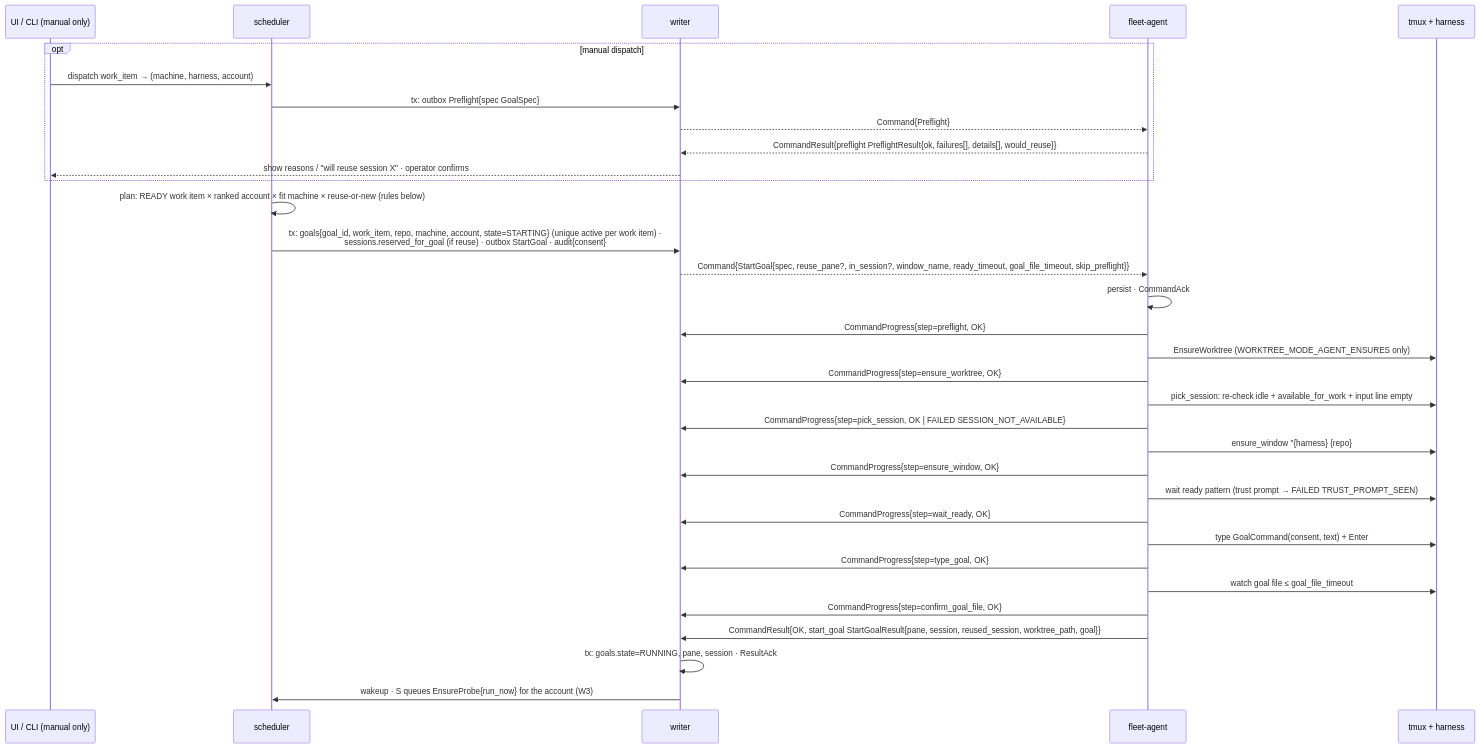
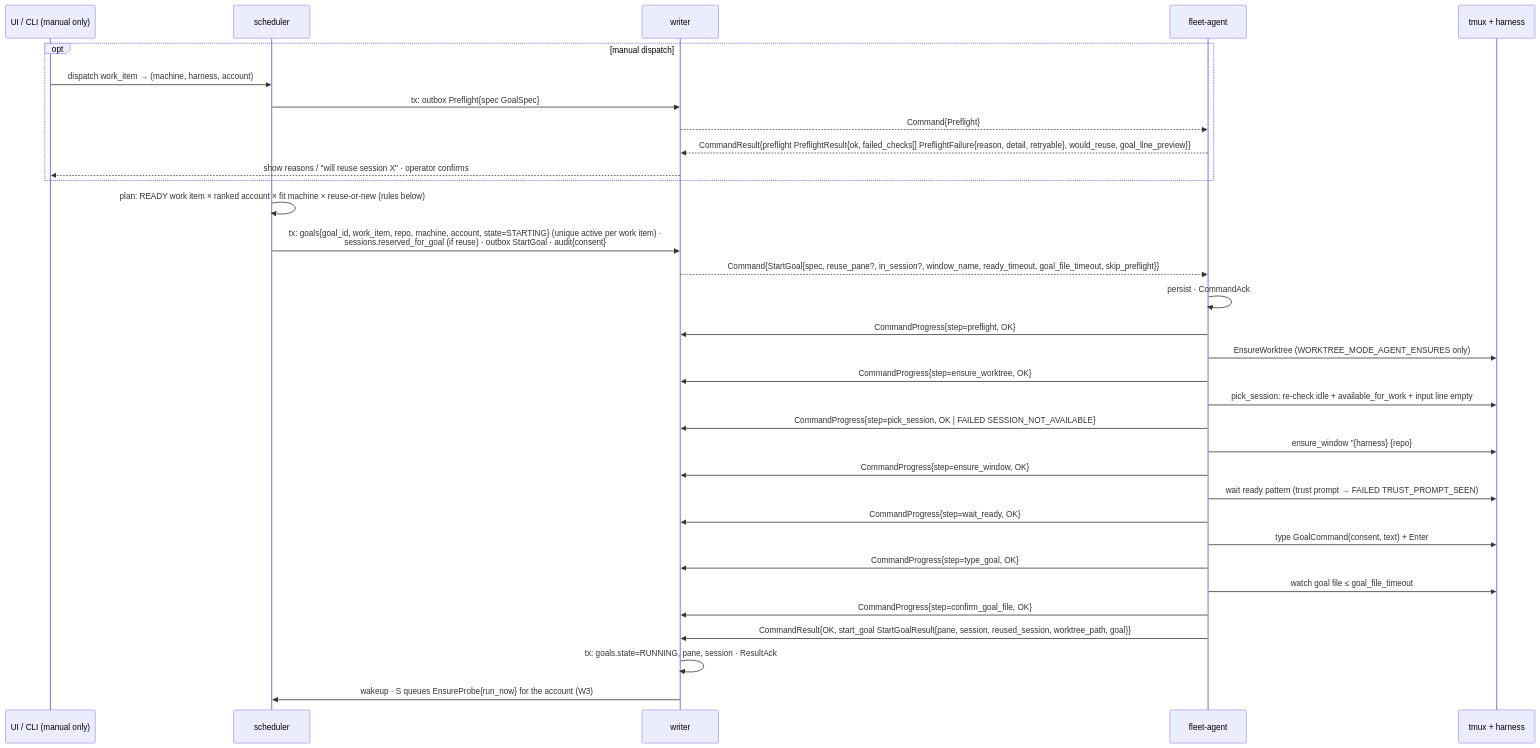
The first of 4 diagrams in docs/specs/03c-goals.md (linuxdynasty/fleet-board), drawn with Mermaid before and after one commit. The commit also changed other lines of this file and 49 other files, not shown here.

````diff
--- a/docs/specs/03c-goals.md
+++ b/docs/specs/03c-goals.md
@@ -17,35 +17,35 @@
 ```mermaid
 sequenceDiagram
   participant U as UI / CLI (manual only)
   participant S as scheduler
   participant W as writer
   participant A as fleet-agent
   participant T as tmux + harness
   opt manual dispatch
     U->>S: dispatch work_item → (machine, harness, account)
     S->>W: tx: outbox Preflight{spec GoalSpec}
     W-->>A: Command{Preflight}
-    A-->>W: CommandResult{preflight PreflightResult{ok, failures[], details[], would_reuse}}
+    A-->>W: CommandResult{preflight PreflightResult{ok, failed_checks[] PreflightFailure{reason, detail, retryable}, would_reuse, goal_line_preview}}
     W-->>U: show reasons / "will reuse session X" · operator confirms
   end
   S->>S: plan: READY work item × ranked account × fit machine × reuse-or-new (rules below)
   S->>W: tx: goals{goal_id, work_item, repo, machine, account, state=STARTING} (unique active per work item) ·<br/>sessions.reserved_for_goal (if reuse) · outbox StartGoal · audit{consent}
   W-->>A: Command{StartGoal{spec, reuse_pane?, in_session?, window_name, ready_timeout, goal_file_timeout, skip_preflight}}
   A->>A: persist · CommandAck
   A->>W: CommandProgress{step=preflight, OK}
   A->>T: EnsureWorktree (WORKTREE_MODE_AGENT_ENSURES only)
   A->>W: CommandProgress{step=ensure_worktree, OK}
   A->>T: pick_session: re-check idle + available_for_work + input line empty
   A->>W: CommandProgress{step=pick_session, OK | FAILED SESSION_NOT_AVAILABLE}
   A->>T: ensure_window "{harness} {repo}#{key}" with FLEET_* env · launch harness
   A->>W: CommandProgress{step=ensure_window, OK}
   A->>T: wait ready pattern (trust prompt → FAILED TRUST_PROMPT_SEEN)
   A->>W: CommandProgress{step=wait_ready, OK}
   A->>T: type GoalCommand(consent, text) + Enter
   A->>W: CommandProgress{step=type_goal, OK}
   A->>T: watch goal file ≤ goal_file_timeout
   A->>W: CommandProgress{step=confirm_goal_file, OK}
   A->>W: CommandResult{OK, start_goal StartGoalResult{pane, session, reused_session, worktree_path, goal}}
   W->>W: tx: goals.state=RUNNING, pane, session · ResultAck
   W->>S: wakeup · S queues EnsureProbe{run_now} for the account (W3)
 ```
````
